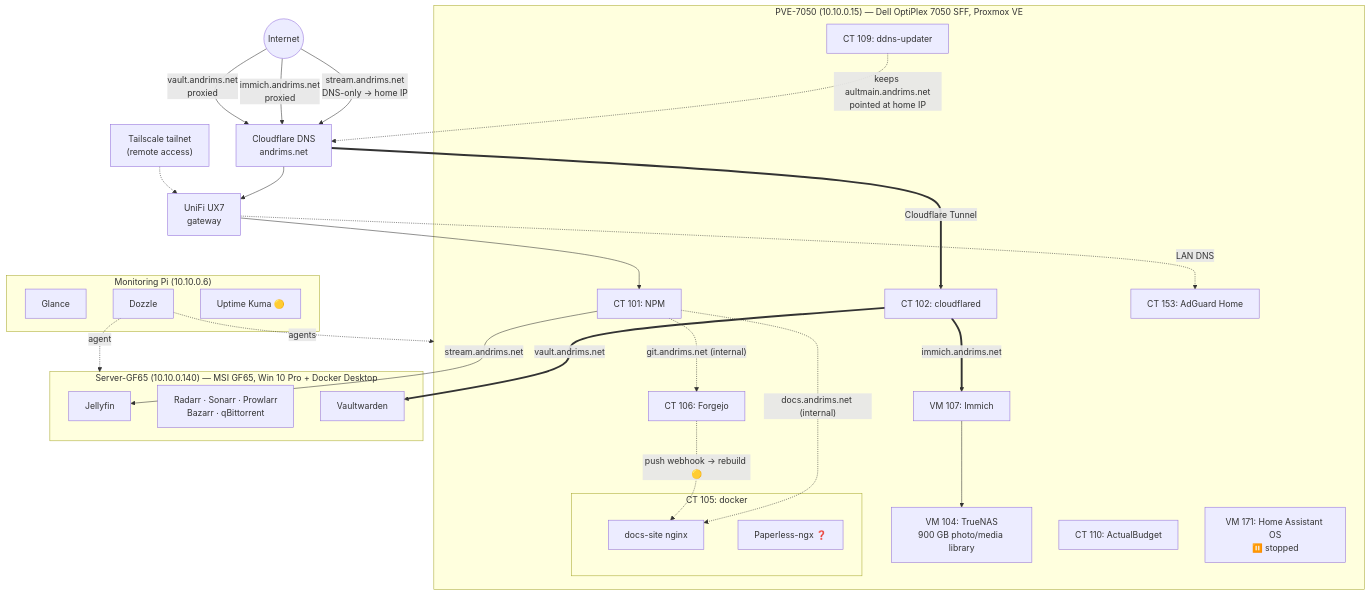
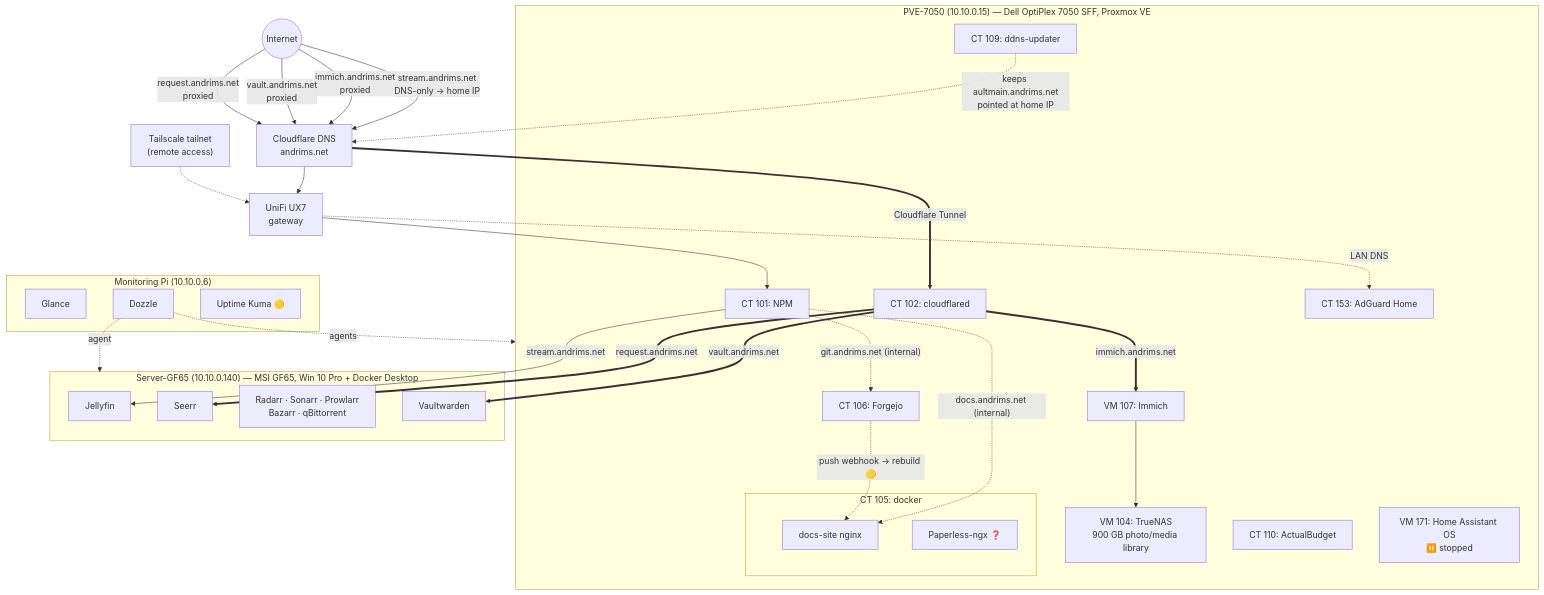
Before and after one commit to Aulteran/homelab-docs: the diagram in docs/index.md, drawn with Mermaid. The commit also changed other lines of this file and 11 other files, not shown here.

````diff
--- a/docs/index.md
+++ b/docs/index.md
@@ -41,54 +41,57 @@
 ```mermaid
 flowchart TB
     internet((Internet))
     cf["Cloudflare DNS<br/>andrims.net"]
     ts["Tailscale tailnet<br/>(remote access)"]
 
     internet -->|"stream.andrims.net<br/>DNS-only → home IP"| cf
     internet -->|"immich.andrims.net<br/>proxied"| cf
     internet -->|"vault.andrims.net<br/>proxied"| cf
+    internet -->|"request.andrims.net<br/>proxied"| cf
     cf --> unifi["UniFi UX7<br/>gateway"]
     ts -.-> unifi
 
     subgraph pve["PVE-7050 (10.10.0.15) — Dell OptiPlex 7050 SFF, Proxmox VE"]
         npm["CT 101: NPM"]
         cfd["CT 102: cloudflared"]
         truenas["VM 104: TrueNAS<br/>900 GB photo/media library"]
         forgejo["CT 106: Forgejo"]
         immich["VM 107: Immich"]
         ddns["CT 109: ddns-updater"]
         budget["CT 110: ActualBudget"]
         adguard["CT 153: AdGuard Home"]
         haos["VM 171: Home Assistant OS<br/>⏸️ stopped"]
         subgraph dockerct["CT 105: docker"]
             docs["docs-site nginx"]
             paperless["Paperless-ngx ❓"]
         end
     end
 
     subgraph gf65["Server-GF65 (10.10.0.140) — MSI GF65, Win 10 Pro + Docker Desktop"]
         jellyfin["Jellyfin"]
+        seerr["Seerr"]
         arr["Radarr · Sonarr · Prowlarr<br/>Bazarr · qBittorrent"]
         vw["Vaultwarden"]
     end
 
     subgraph pi["Monitoring Pi (10.10.0.6)"]
         glance["Glance"]
         dozzle["Dozzle"]
         kuma["Uptime Kuma 🟡"]
     end
 
     unifi --> npm
     unifi -.->|LAN DNS| adguard
     cf ==>|"Cloudflare Tunnel"| cfd
     cfd ==>|immich.andrims.net| immich
     cfd ==>|vault.andrims.net| vw
+    cfd ==>|request.andrims.net| seerr
     ddns -.->|"keeps aultmain.andrims.net<br/>pointed at home IP"| cf
     npm -->|stream.andrims.net| jellyfin
     npm -.->|"git.andrims.net (internal)"| forgejo
     npm -.->|"docs.andrims.net (internal)"| docs
     forgejo -.->|"push webhook → rebuild 🟡"| docs
     immich --> truenas
     dozzle -.->|agent| gf65
     dozzle -.->|agents| pve
 ```
````
